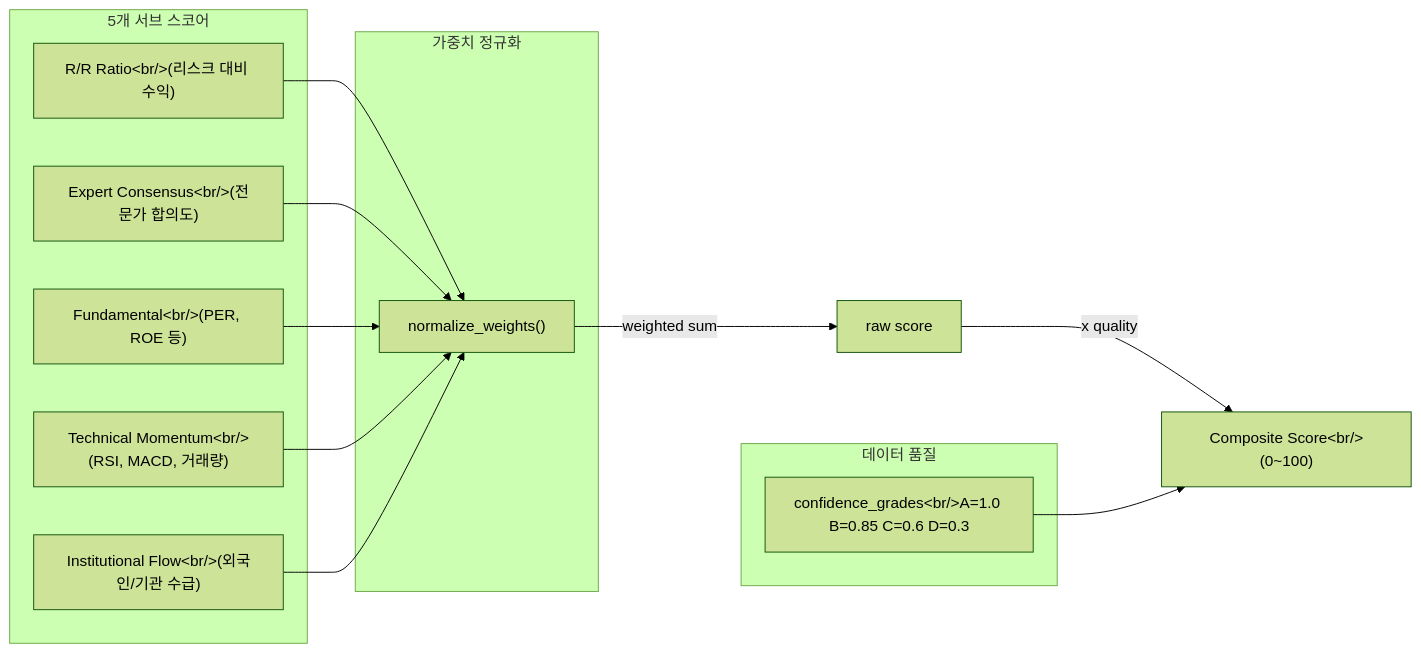
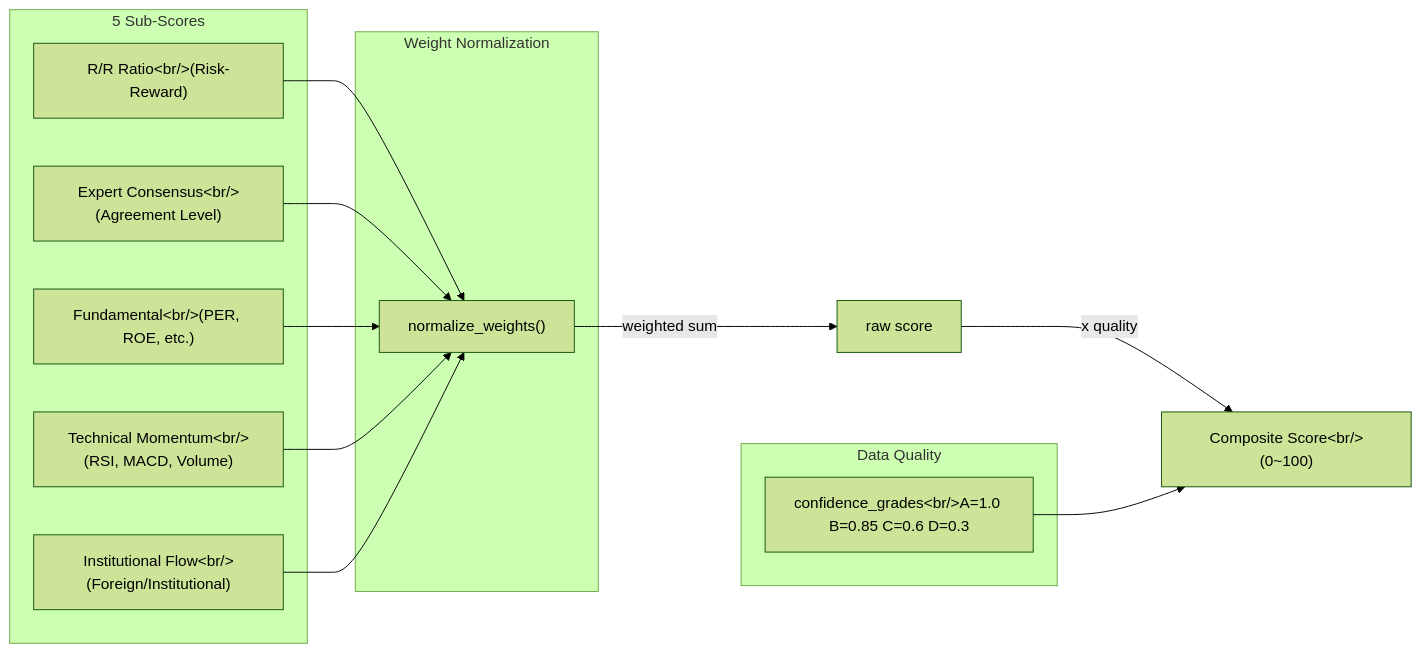
One commit to ice-ice-bear/ice-ice-bear.github.io changed the diagram in content/en/posts/2026-04-02-trading-agent-dev8.md. Above: the diagram before and after it, drawn with Mermaid (forest theme). The commit also changed other lines of this file and 23 other files, not shown here.

````diff
--- a/content/en/posts/2026-04-02-trading-agent-dev8.md
+++ b/content/en/posts/2026-04-02-trading-agent-dev8.md
@@ -65,27 +65,27 @@
 ```mermaid
 flowchart LR
-    subgraph 5-Factors["5개 서브 스코어"]
-        A["R/R Ratio&lt;br/&gt;(리스크 대비 수익)"]
-        B["Expert Consensus&lt;br/&gt;(전문가 합의도)"]
-        C["Fundamental&lt;br/&gt;(PER, ROE 등)"]
-        D["Technical Momentum&lt;br/&gt;(RSI, MACD, 거래량)"]
-        E["Institutional Flow&lt;br/&gt;(외국인/기관 수급)"]
+    subgraph 5-Factors["5 Sub-Scores"]
+        A["R/R Ratio&lt;br/&gt;(Risk-Reward)"]
+        B["Expert Consensus&lt;br/&gt;(Agreement Level)"]
+        C["Fundamental&lt;br/&gt;(PER, ROE, etc.)"]
+        D["Technical Momentum&lt;br/&gt;(RSI, MACD, Volume)"]
+        E["Institutional Flow&lt;br/&gt;(Foreign/Institutional)"]
     end
 
-    subgraph Weights["가중치 정규화"]
+    subgraph Weights["Weight Normalization"]
         W["normalize_weights()"]
     end
 
-    subgraph Quality["데이터 품질"]
+    subgraph Quality["Data Quality"]
         Q["confidence_grades&lt;br/&gt;A=1.0 B=0.85 C=0.6 D=0.3"]
     end
 
     A --> W
     B --> W
     C --> W
     D --> W
     E --> W
     W -->|"weighted sum"| R["raw score"]
     R -->|"x quality"| F["Composite Score&lt;br/&gt;(0~100)"]
     Q --> F
 ```
````
